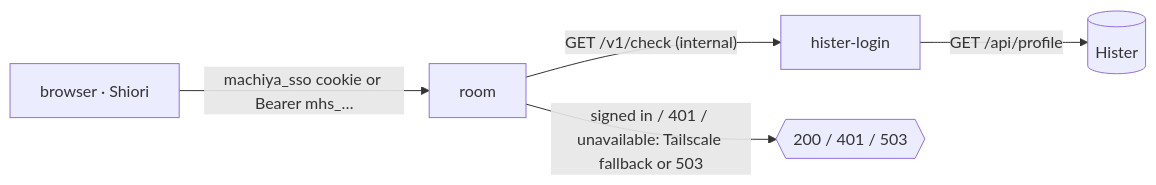
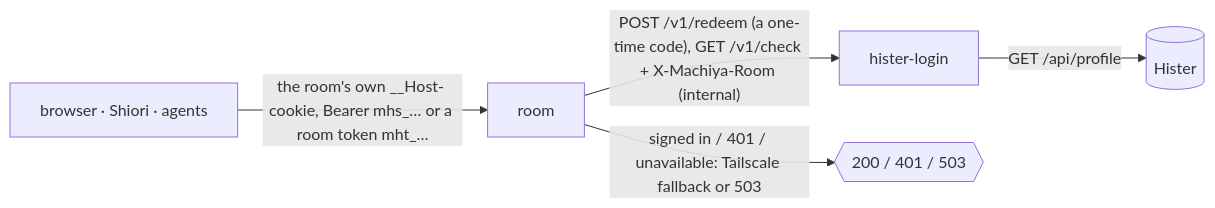
One commit to machiya-kobo/machiya changed the fifth of 6 diagrams in docs/architecture.md. Above: the diagram before and after it, drawn with Mermaid. The commit also changed 8 other files, not shown here.

First line of the commit message:
machiya: docs: one cookie per room, room tokens and the move (identity.md); hister-login, contracts, mcp, architecture

````diff
--- a/docs/architecture.md
+++ b/docs/architecture.md
@@ -107,7 +107,7 @@
 ```mermaid
 flowchart LR
-    who["browser · Shiori"] -->|"machiya_sso cookie or Bearer mhs_…"| room["room"]
-    room -->|"GET /v1/check (internal)"| hl["hister-login"]
+    who["browser · Shiori · agents"] -->|"the room's own __Host- cookie, Bearer mhs_… or a room token mht_…"| room["room"]
+    room -->|"POST /v1/redeem (a one-time code), GET /v1/check + X-Machiya-Room (internal)"| hl["hister-login"]
     hl -->|"GET /api/profile"| h[("Hister")]
     room -->|"signed in / 401 / unavailable: Tailscale fallback or 503"| ok{{"200 / 401 / 503"}}
 ```
````
